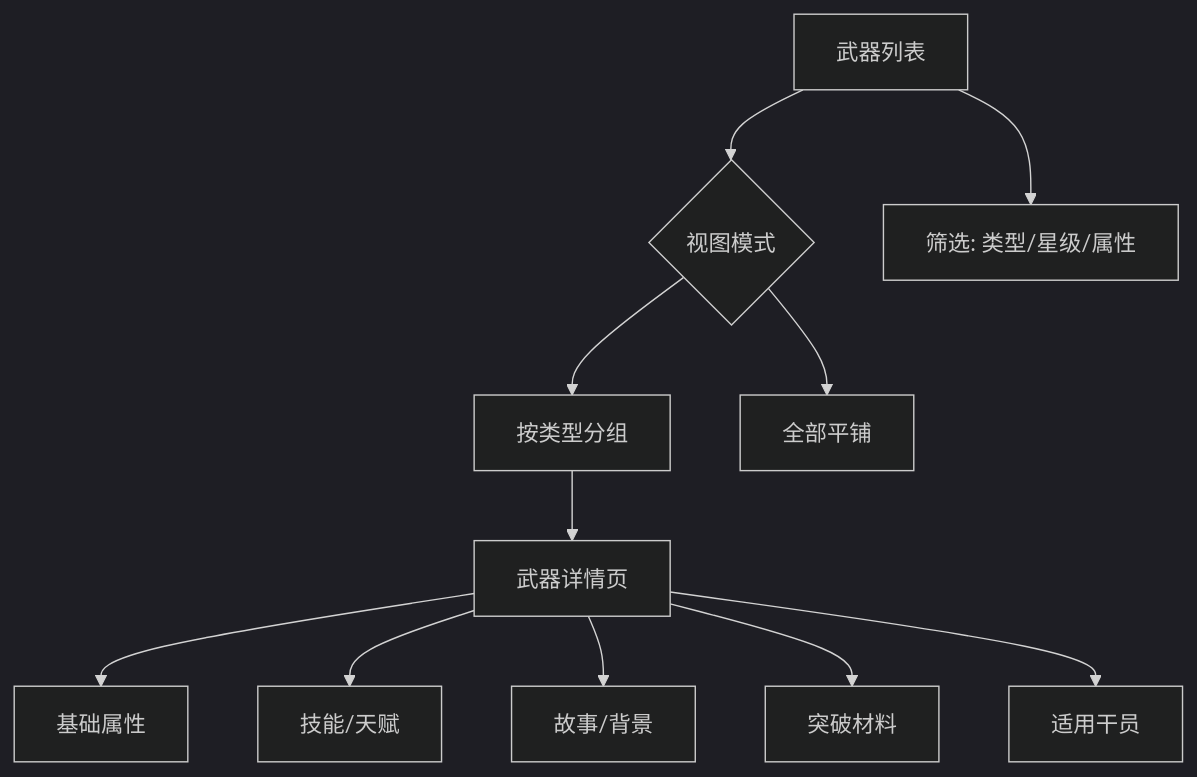
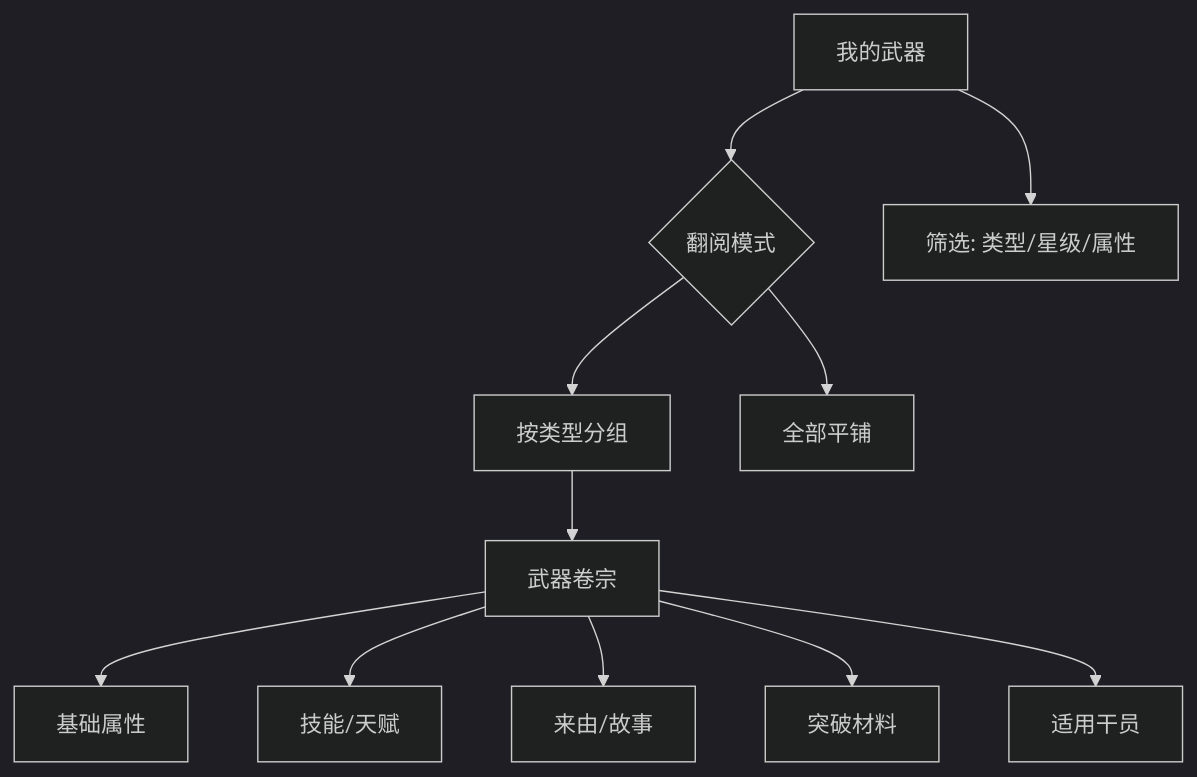
One commit to Deliay/hongshan-archives-bureau changed the diagram in docs/product/02-weapon-archive.md. Above: the diagram before and after it, drawn with Mermaid (dark theme). The commit also changed other lines of this file and 11 other files, not shown here.

````diff
--- a/docs/product/02-weapon-archive.md
+++ b/docs/product/02-weapon-archive.md
@@ -43,13 +43,13 @@
 ```mermaid
 flowchart TD
-    A[武器列表] --> B{视图模式}
+    A[我的武器] --> B{翻阅模式}
     B --> C[按类型分组]
     B --> D[全部平铺]
     A --> E[筛选: 类型/星级/属性]
-    C --> F[武器详情页]
+    C --> F[武器卷宗]
     F --> G[基础属性]
     F --> H[技能/天赋]
-    F --> I[故事/背景]
+    F --> I[来由/故事]
     F --> J[突破材料]
     F --> K[适用干员]
 ```
````
